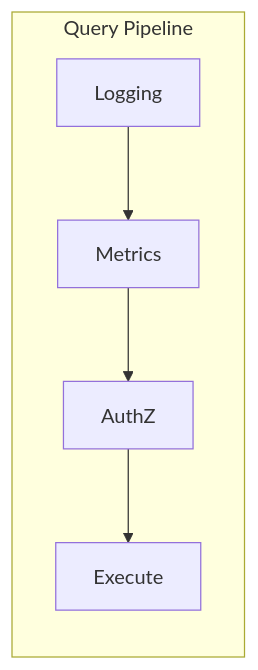
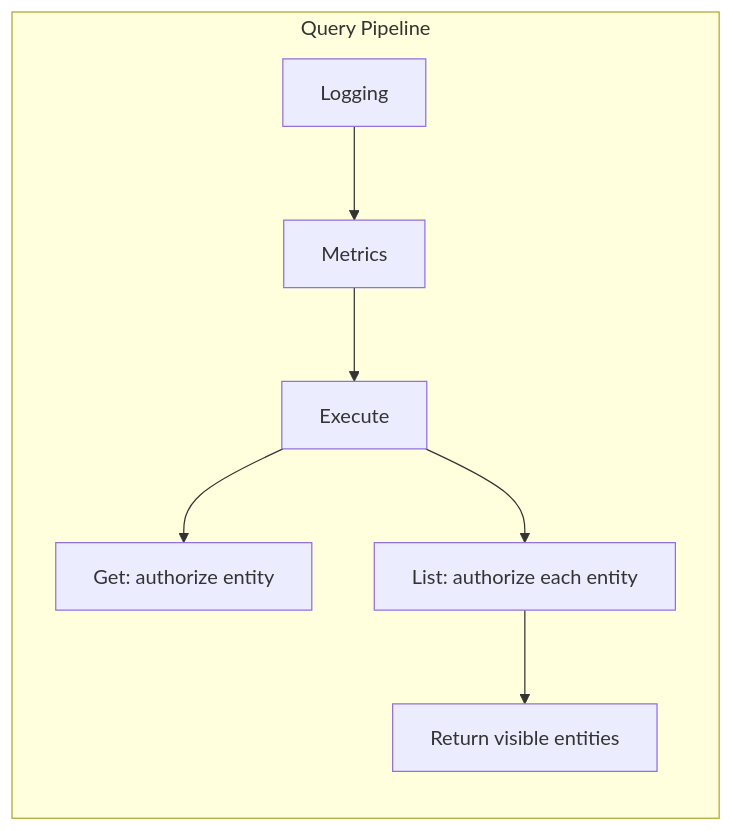
One commit to TheFellow/go-modular-monolith changed the fourth of 5 diagrams in README.md. Above: the diagram before and after it, drawn with Mermaid. The commit also changed other lines of this file and 26 other files, not shown here.

````diff
--- a/README.md
+++ b/README.md
@@ -197,8 +203,10 @@
 ```mermaid
 flowchart LR
     subgraph Query Pipeline
         L[Logging] --> M[Metrics]
-        M --> Z[AuthZ]
-        Z --> E[Execute]
+        M --> E[Execute]
+        E --> G[Get: authorize entity]
+        E --> LS[List: authorize each entity]
+        LS --> F[Return visible entities]
     end
 ```
````
